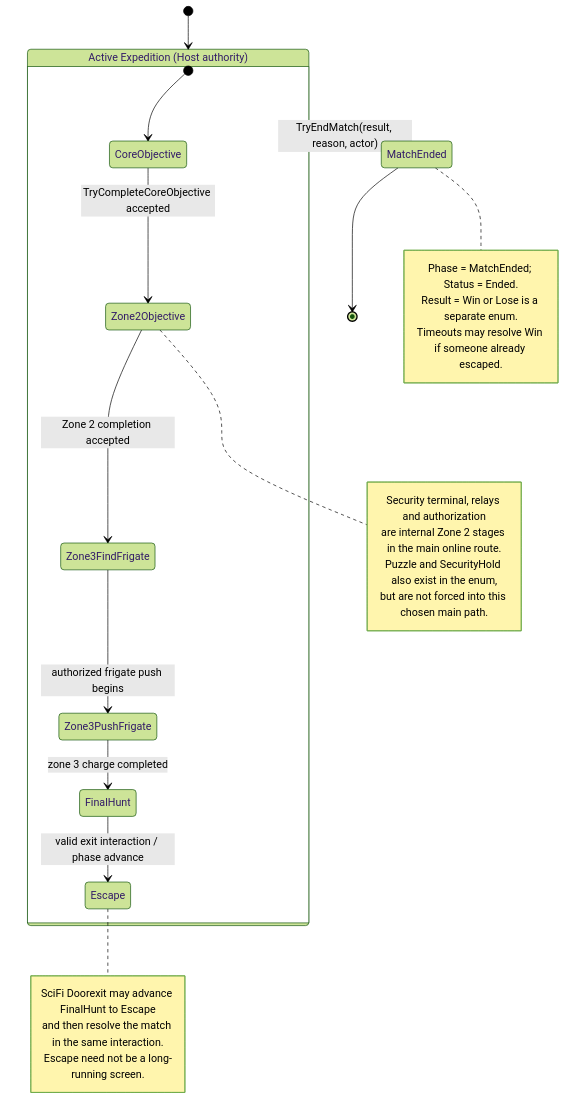
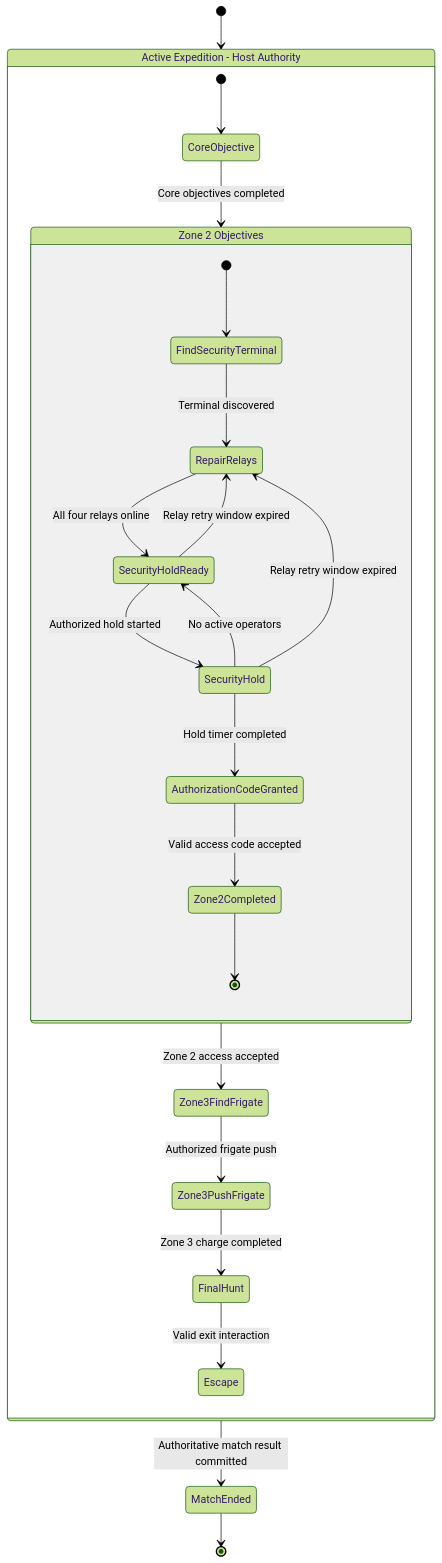
One commit to lamthanhphuc/ECHO-PROTOCOL changed the diagram in docs/review-2/diagrams/SDD/Figure_13_Expedition_Mission_State_Machine.mmd. Above: the diagram before and after it, drawn with Mermaid (forest theme). The commit also changed 18 other files, not shown here.

Commit message:
docs(review-2): update version SRS, SDD, BM02,evidence, diagram and use AI-based assessments to edit documents

```diff
--- a/docs/review-2/diagrams/SDD/Figure_13_Expedition_Mission_State_Machine.mmd
+++ b/docs/review-2/diagrams/SDD/Figure_13_Expedition_Mission_State_Machine.mmd
@@ -1,33 +1,38 @@
+
 stateDiagram-v2
+    direction TB
+
     [*] --> Running
 
-    state "Active Expedition (Host authority)" as Running {
+    state "Active Expedition - Host Authority" as Running {
         [*] --> CoreObjective
-        CoreObjective --> Zone2Objective : TryCompleteCoreObjective accepted
-        Zone2Objective --> Zone3FindFrigate : Zone 2 completion accepted
-        Zone3FindFrigate --> Zone3PushFrigate : authorized frigate push begins
-        Zone3PushFrigate --> FinalHunt : zone 3 charge completed
-        FinalHunt --> Escape : valid exit interaction / phase advance
+
+        CoreObjective --> Zone2Objective : Core objectives completed
+
+        state "Zone 2 Objectives" as Zone2Objective {
+            [*] --> FindSecurityTerminal
+
+            FindSecurityTerminal --> RepairRelays : Terminal discovered
+            RepairRelays --> SecurityHoldReady : All four relays online
+            SecurityHoldReady --> SecurityHold : Authorized hold started
+            SecurityHold --> SecurityHoldReady : No active operators
+            SecurityHoldReady --> RepairRelays : Relay retry window expired
+            SecurityHold --> RepairRelays : Relay retry window expired
+            SecurityHold --> AuthorizationCodeGranted : Hold timer completed
+            AuthorizationCodeGranted --> Zone2Completed : Valid access code accepted
+            Zone2Completed --> [*]
+        }
+
+        Zone2Objective --> Zone3FindFrigate : Zone 2 access accepted
+        Zone3FindFrigate --> Zone3PushFrigate : Authorized frigate push
+        Zone3PushFrigate --> FinalHunt : Zone 3 charge completed
+        FinalHunt --> Escape : Valid exit interaction
     }
 
-    Running --> MatchEnded : TryEndMatch(result, reason, actor)
+    Running --> MatchEnded : Authoritative match result committed
     MatchEnded --> [*]
 
-    note right of Zone2Objective
-        Security terminal, relays and authorization
-        are internal Zone 2 stages in the main online route.
-        Puzzle and SecurityHold also exist in the enum,
-        but are not forced into this chosen main path.
-    end note
-
-    note right of Escape
-        SciFi Doorexit may advance FinalHunt to Escape
-        and then resolve the match in the same interaction.
-        Escape need not be a long-running screen.
-    end note
-
-    note right of MatchEnded
-        Phase = MatchEnded; Status = Ended.
-        Result = Win or Lose is a separate enum.
-        Timeouts may resolve Win if someone already escaped.
-    end note
+    %% Puzzle and SecurityHold in NetworkMatchPhase are retained legacy values.
+    %% The active Security Hold is Zone2MissionStage.SecurityHold within Zone2Objective.
+    %% Zone 2 completion and transition to Zone 3 occur in one authoritative operation.
+    %% MatchEnded stores the terminal phase; Win/Lose is a separate result value.
```
